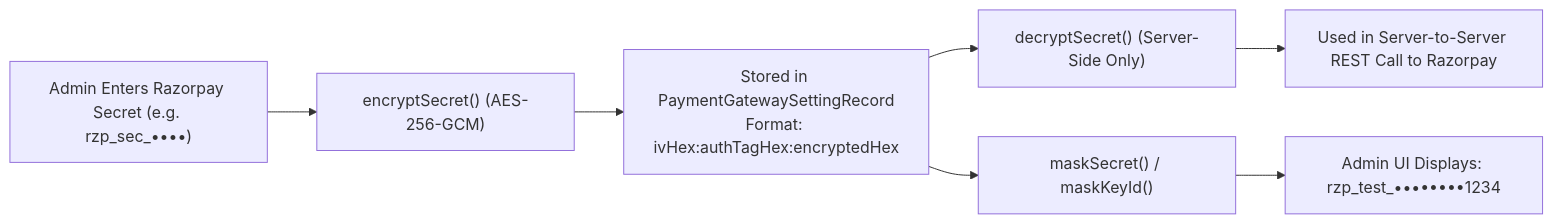
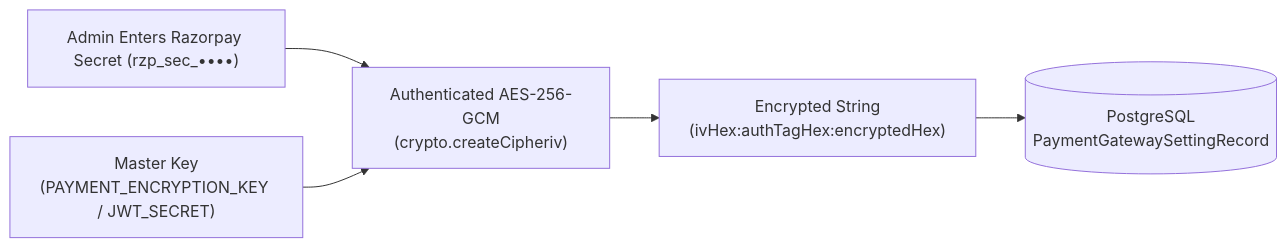
Before and after one commit to ashutoshkumar2656/The-Jawed-Habib: the second of 2 diagrams in docs/PAYMENT_SYSTEM_DOCUMENTATION.md, drawn with Mermaid. The commit also changed other lines of this file and 4 other files, not shown here.

````diff
--- a/docs/PAYMENT_SYSTEM_DOCUMENTATION.md
+++ b/docs/PAYMENT_SYSTEM_DOCUMENTATION.md
@@ -98,9 +106,7 @@
 ```mermaid
 flowchart LR
-    PlainSecret["Admin Enters Razorpay Secret (e.g. rzp_sec_••••)"] --> Encryptor["encryptSecret() (AES-256-GCM)"]
-    Encryptor --> StoredDB["Stored in PaymentGatewaySettingRecord\nFormat: ivHex:authTagHex:encryptedHex"]
-    StoredDB --> Decryptor["decryptSecret() (Server-Side Only)"]
-    Decryptor --> APIOut["Used in Server-to-Server REST Call to Razorpay"]
-    StoredDB --> Masker["maskSecret() / maskKeyId()"]
-    Masker --> AdminUI["Admin UI Displays: rzp_test_••••••••1234"]
+    PlainSecret["Admin Enters Razorpay Secret (rzp_sec_••••)"] --> Cipher["Authenticated AES-256-GCM\n(crypto.createCipheriv)"]
+    MasterKey["Master Key\n(PAYMENT_ENCRYPTION_KEY / JWT_SECRET)"] --> Cipher
+    Cipher --> Encrypted["Encrypted String\n(ivHex:authTagHex:encryptedHex)"]
+    Encrypted --> DB[("PostgreSQL\nPaymentGatewaySettingRecord")]
 ```
````
